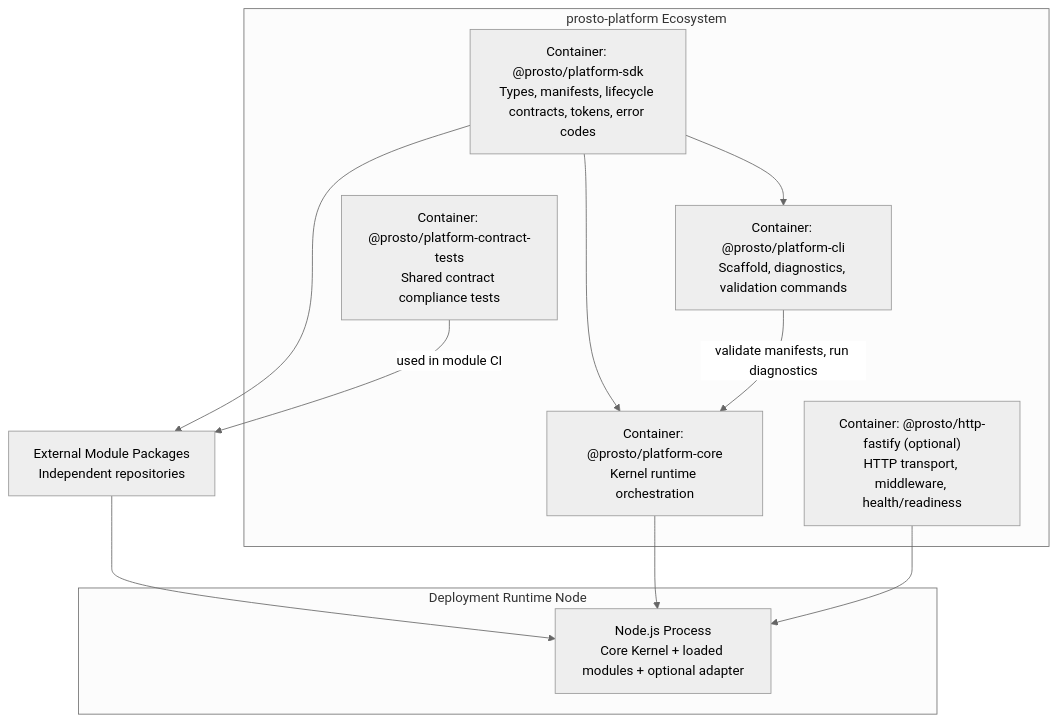
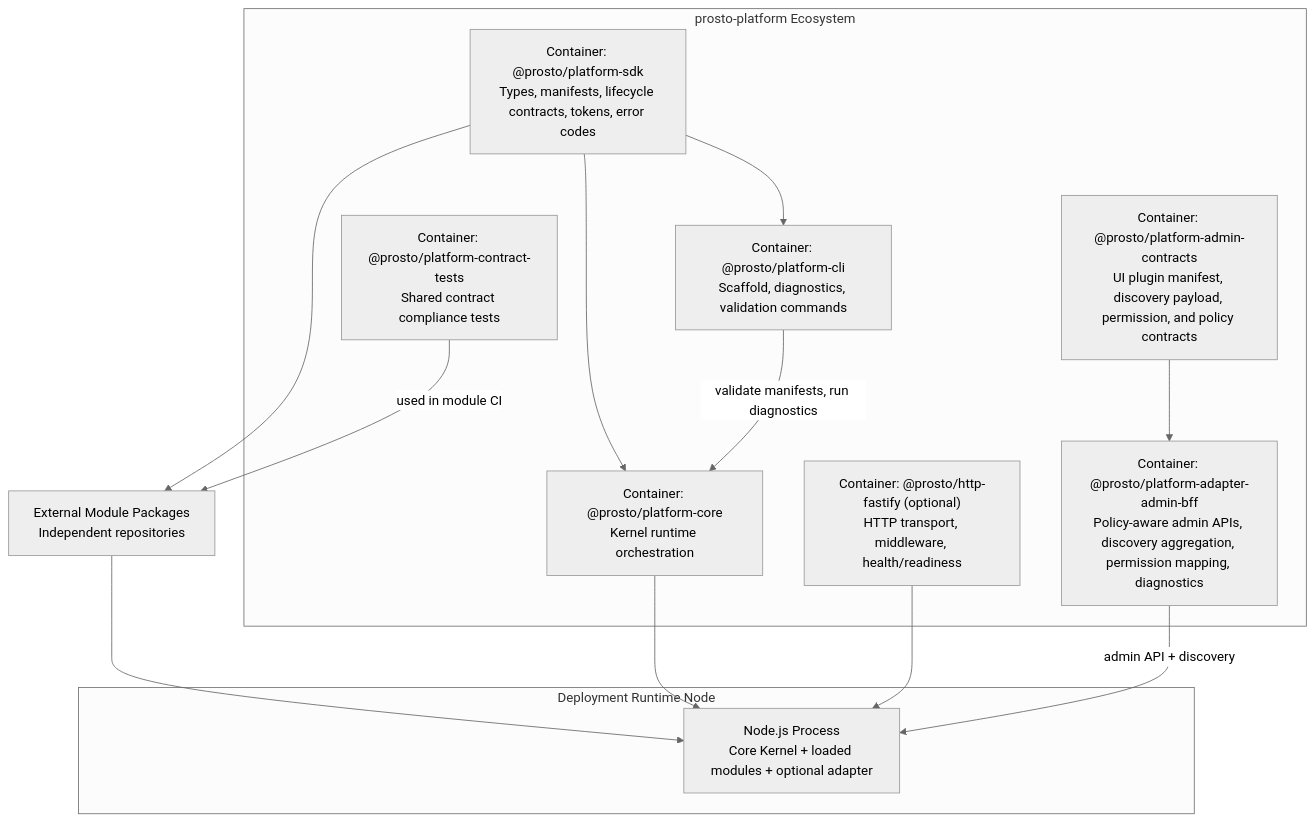
The diagram in .context/02-architecture-design/c4/02-container-view.md (prosto-systems/prosto-platform), drawn with Mermaid (neutral theme) before and after one commit. The commit also changed other lines of this file and 51 other files, not shown here.

Commit message:
feat: implementation of Phase 08 - Admin BFF Adapter and Discovery Pipeline

````diff
--- a/.context/02-architecture-design/c4/02-container-view.md
+++ b/.context/02-architecture-design/c4/02-container-view.md
@@ -11,30 +11,36 @@
 ```mermaid
 flowchart TB
   subgraph Repo["prosto-platform Ecosystem"]
     SDK["Container: @prosto/platform-sdk
 Types, manifests, lifecycle contracts, tokens, error codes"]
     Core["Container: @prosto/platform-core
 Kernel runtime orchestration"]
     CLI["Container: @prosto/platform-cli
 Scaffold, diagnostics, validation commands"]
     HTTP["Container: @prosto/http-fastify (optional)
 HTTP transport, middleware, health/readiness"]
     ContractTests["Container: @prosto/platform-contract-tests
 Shared contract compliance tests"]
+    AdminContracts["Container: @prosto/platform-admin-contracts
+UI plugin manifest, discovery payload, permission, and policy contracts"]
+    AdminBFF["Container: @prosto/platform-adapter-admin-bff
+Policy-aware admin APIs, discovery aggregation, permission mapping, diagnostics"]
   end
 
   subgraph RuntimeNode["Deployment Runtime Node"]
     KernelProcess["Node.js Process
 Core Kernel + loaded modules + optional adapter"]
   end
 
   ModulePkg["External Module Packages
 Independent repositories"] --> KernelProcess
   SDK --> Core
   SDK --> CLI
   SDK --> ModulePkg
   Core --> KernelProcess
   HTTP --> KernelProcess
   CLI -->|"validate manifests, run diagnostics"| Core
   ContractTests -->|"used in module CI"| ModulePkg
+  AdminContracts --> AdminBFF
+  AdminBFF -->|"admin API + discovery"| KernelProcess
 ```
````
